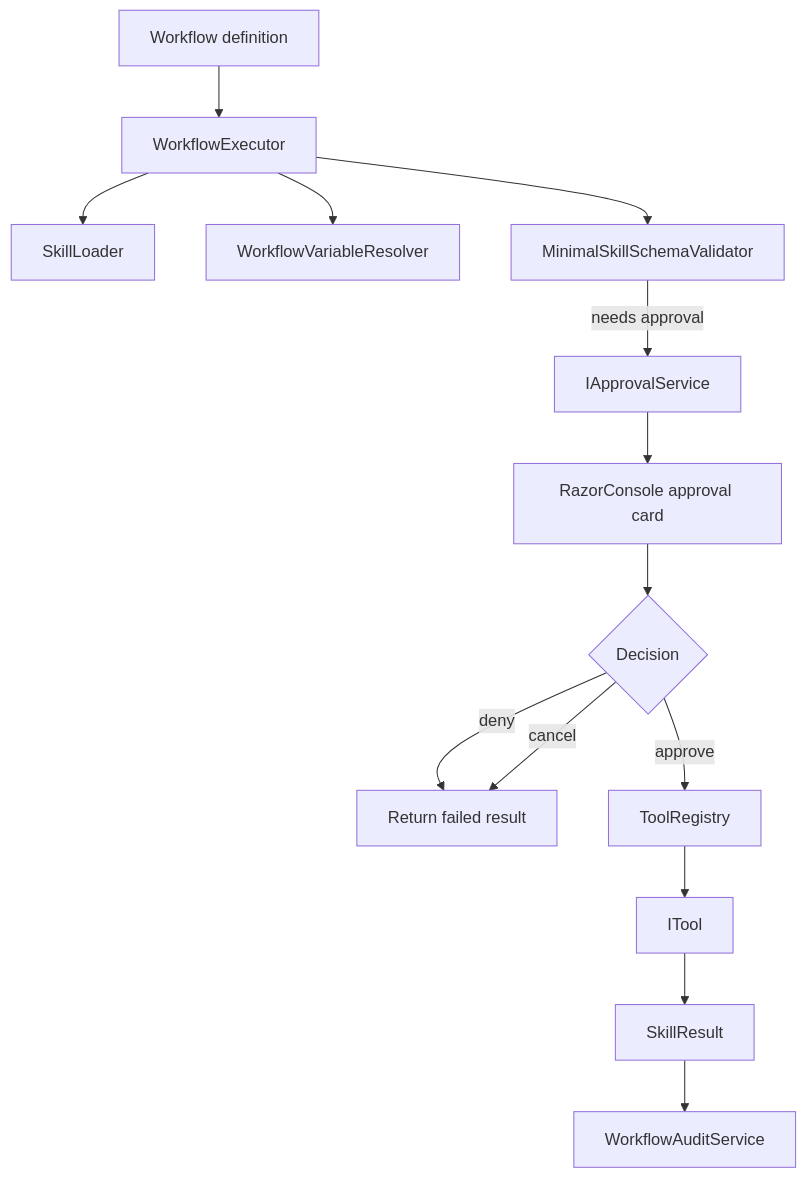
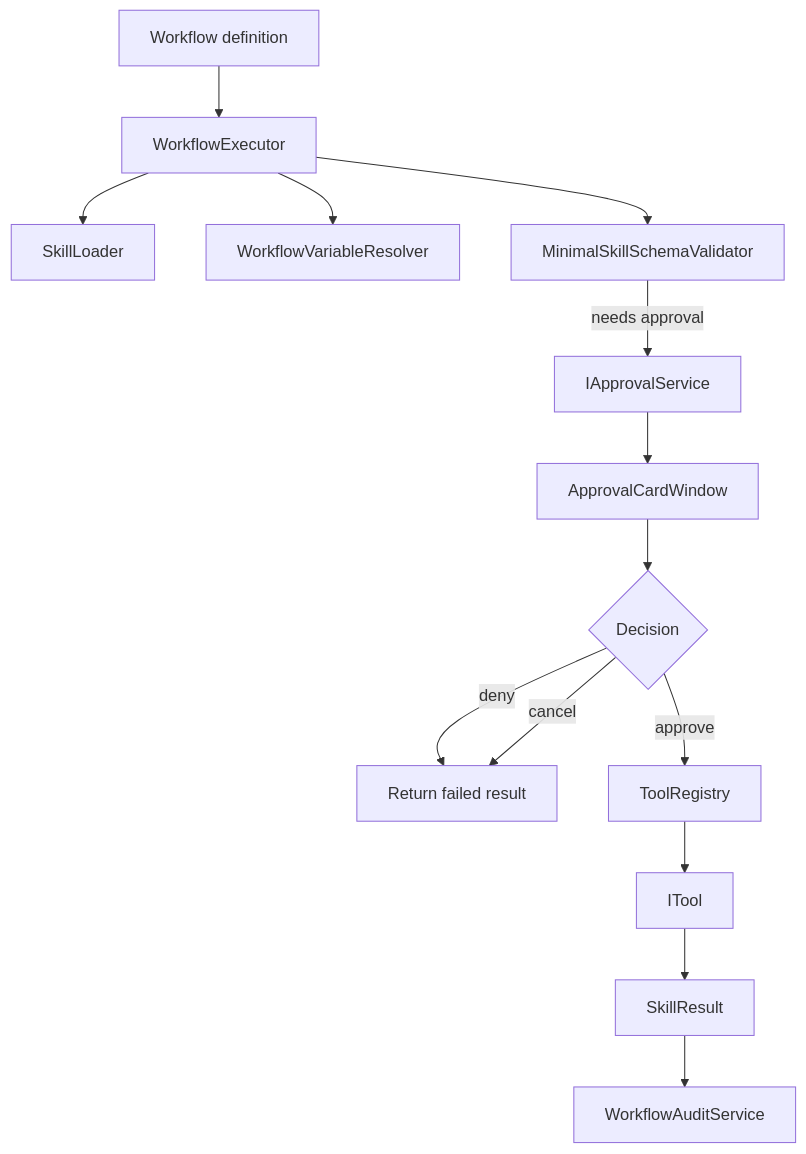
Before and after one commit to umbertotechnopreneur/YAi: diagram 13 of 14 in docs/specs/diagrams/2026-04-25-cli-flows-and-architecture.md, drawn with Mermaid. The commit also changed other lines of this file and 65 other files, not shown here.

````diff
--- a/docs/specs/diagrams/2026-04-25-cli-flows-and-architecture.md
+++ b/docs/specs/diagrams/2026-04-25-cli-flows-and-architecture.md
@@ -526,16 +525,16 @@
 ```mermaid
 flowchart TD
     Workflow[Workflow definition] --> Executor[WorkflowExecutor]
     Executor --> Loader[SkillLoader]
     Executor --> Resolver[WorkflowVariableResolver]
     Executor --> Validator[MinimalSkillSchemaValidator]
     Validator -->|needs approval| Approval[IApprovalService]
-    Approval --> Card[RazorConsole approval card]
+    Approval --> Card[ApprovalCardWindow]
     Card --> Decision{Decision}
     Decision -->|deny| Stop[Return failed result]
     Decision -->|cancel| Stop
     Decision -->|approve| ToolRegistry[ToolRegistry]
     ToolRegistry --> Tool[ITool]
     Tool --> Result[SkillResult]
     Result --> Audit[WorkflowAuditService]
 ```
````
